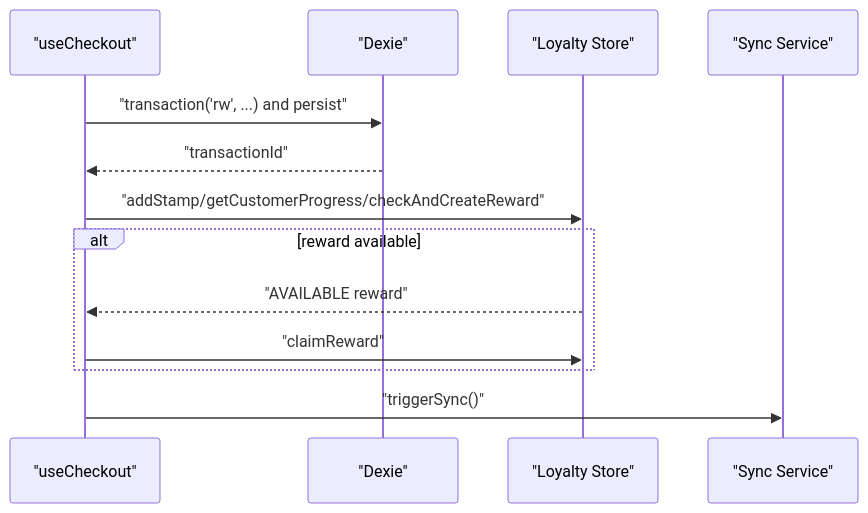
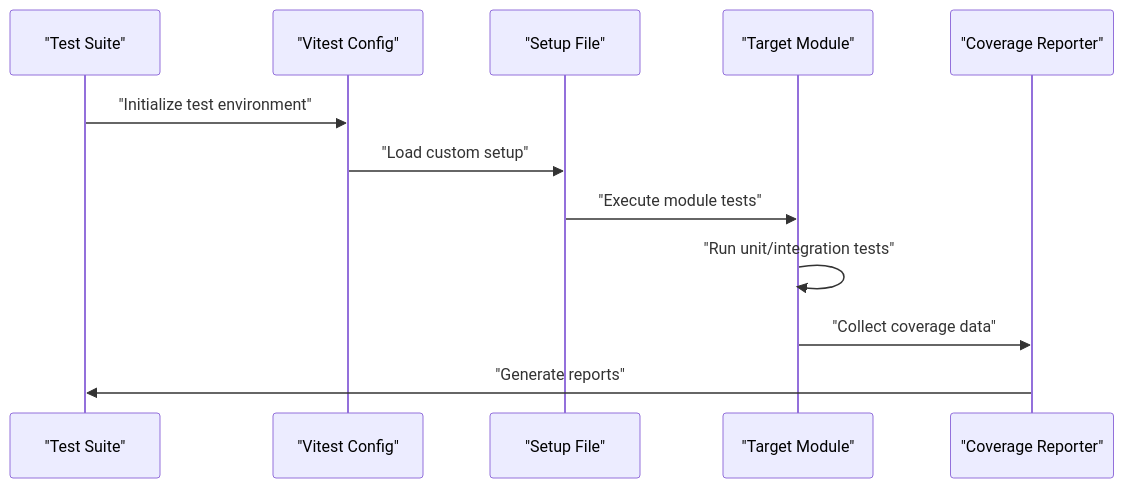
Before and after one commit to riod94/ngepos: the second of 3 diagrams in .qoder/repowiki/en/content/Development Guidelines/Testing Strategy.md, drawn with Mermaid. The commit also changed other lines of this file and 18 other files, not shown here.

````diff
--- a/.qoder/repowiki/en/content/Development Guidelines/Testing Strategy.md
+++ b/.qoder/repowiki/en/content/Development Guidelines/Testing Strategy.md
@@ -282,15 +149,14 @@
 ```mermaid
 sequenceDiagram
-participant Hook as "useCheckout"
-participant DB as "Dexie"
-participant Loy as "Loyalty Store"
-participant Sync as "Sync Service"
-Hook->>DB : "transaction('rw', ...) and persist"
-DB-->>Hook : "transactionId"
-Hook->>Loy : "addStamp/getCustomerProgress/checkAndCreateReward"
-alt reward available
-Loy-->>Hook : "AVAILABLE reward"
-Hook->>Loy : "claimReward"
-end
-Hook->>Sync : "triggerSync()"
+participant Test as "Test Suite"
+participant Config as "Vitest Config"
+participant Setup as "Setup File"
+participant Module as "Target Module"
+participant Coverage as "Coverage Reporter"
+Test->>Config : "Initialize test environment"
+Config->>Setup : "Load custom setup"
+Setup->>Module : "Execute module tests"
+Module->>Module : "Run unit/integration tests"
+Module->>Coverage : "Collect coverage data"
+Coverage->>Test : "Generate reports"
 ```
````
